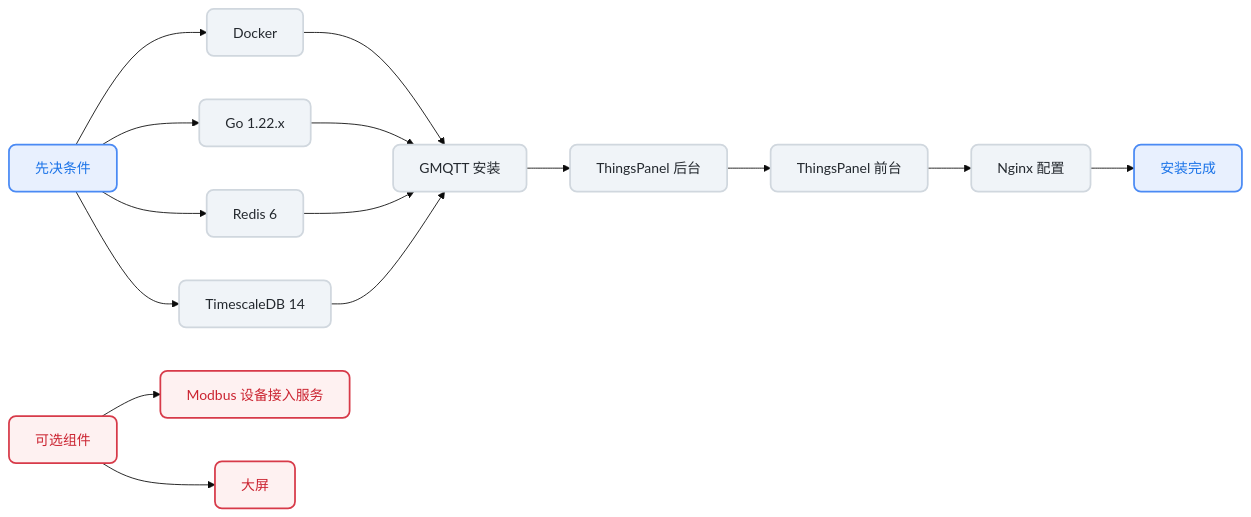
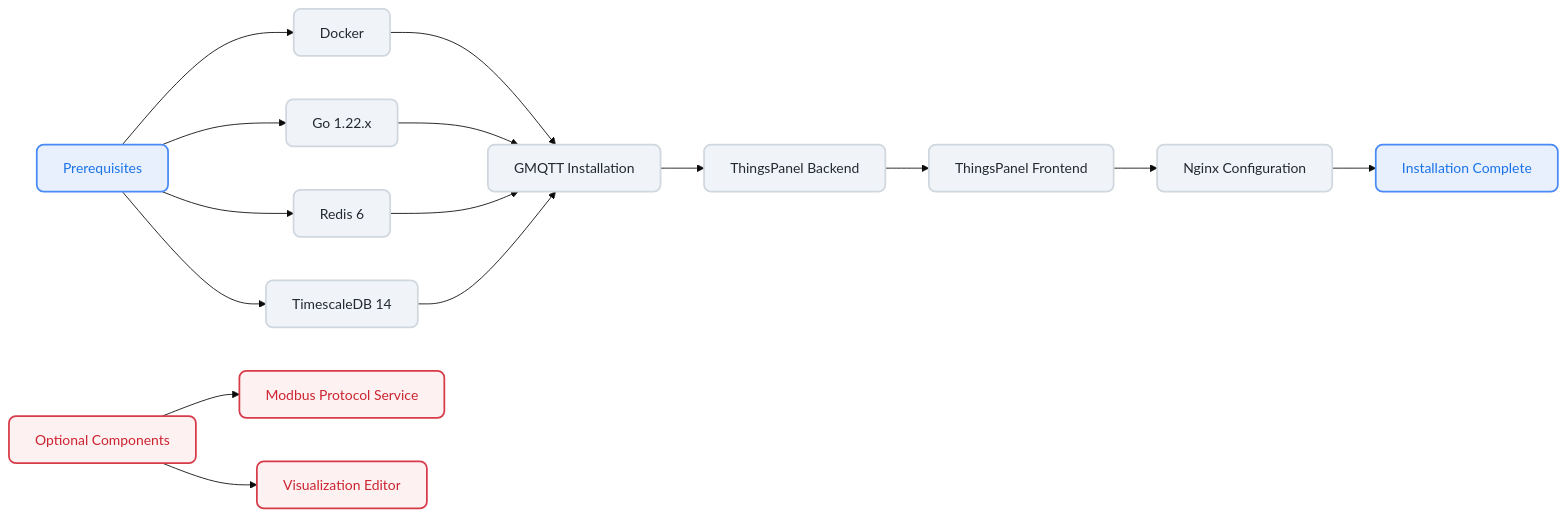
Before and after one commit to ThingsPanel/thingspanel.github.io: the diagram in docs/installation/source-code-installation.md, drawn with Mermaid (base theme). The commit also changed other lines of this file and 587 other files, not shown here.

````diff
--- a/docs/installation/source-code-installation.md
+++ b/docs/installation/source-code-installation.md
@@ -7,29 +8,29 @@
 ```mermaid
 flowchart LR
     classDef default fill:#f0f4f8,stroke:#d0d7de,stroke-width:2px,color:#24292f,rx:8,ry:8
     classDef primary fill:#e8f0fe,stroke:#4a8af4,stroke-width:2px,color:#1a73e8,rx:8,ry:8
     classDef optional fill:#fef1f1,stroke:#d73a49,stroke-width:2px,color:#cb2431,rx:8,ry:8
 
-    A[先决条件] --> B[Docker]
+    A[Prerequisites] --> B[Docker]
     A --> C[Go 1.22.x]
     A --> D[Redis 6]
     A --> E[TimescaleDB 14]
     
-    B & C & D & E --> F[GMQTT 安装]
-    F --> G[ThingsPanel 后台]
-    G --> H[ThingsPanel 前台]
+    B & C & D & E --> F[GMQTT Installation]
+    F --> G[ThingsPanel Backend]
+    G --> H[ThingsPanel Frontend]
     
-    H --> I[Nginx 配置]
-    I --> J[安装完成]
+    H --> I[Nginx Configuration]
+    I --> J[Installation Complete]
     
-    K[可选组件 ]
-    K --> L[Modbus 设备接入服务]
-    K --> N[大屏]
+    K[Optional Components ]
+    K --> L[Modbus Protocol Service]
+    K --> N[Visualization Editor]
     
     style A fill:#e8f0fe,stroke:#4a8af4,color:#1a73e8
     style J fill:#e8f0fe,stroke:#4a8af4,color:#1a73e8
     style K fill:#fef1f1,stroke:#d73a49,color:#cb2431
     style L fill:#fef1f1,stroke:#d73a49,color:#cb2431
     style N fill:#fef1f1,stroke:#d73a49,color:#cb2431
 
 ```
````
